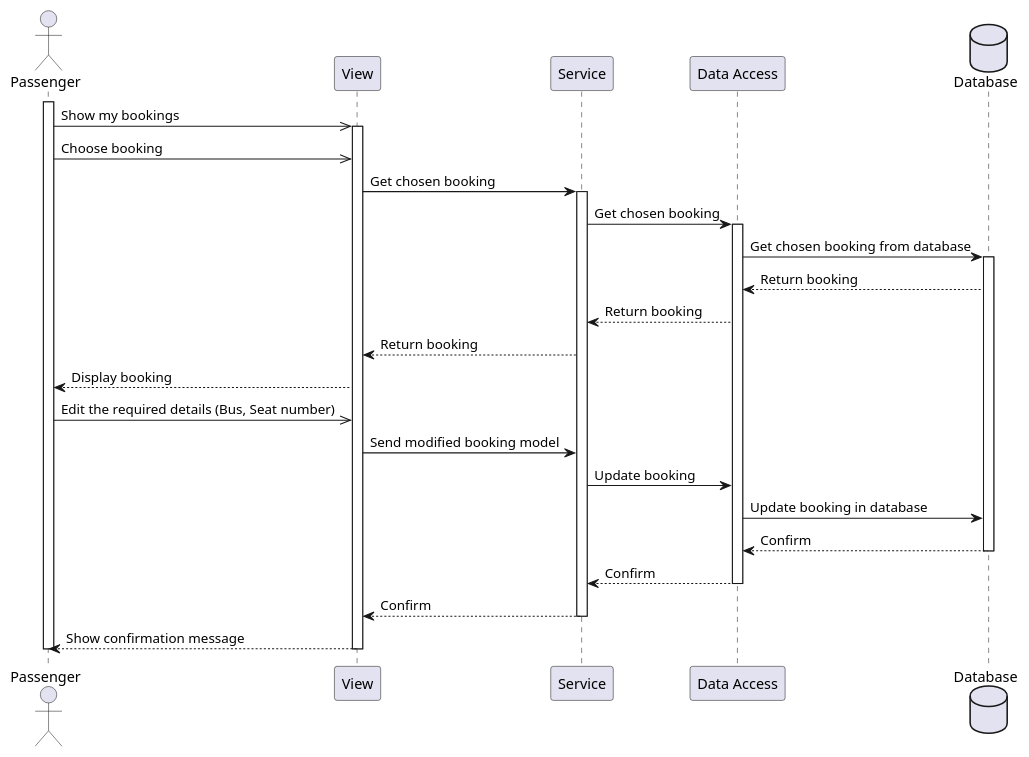
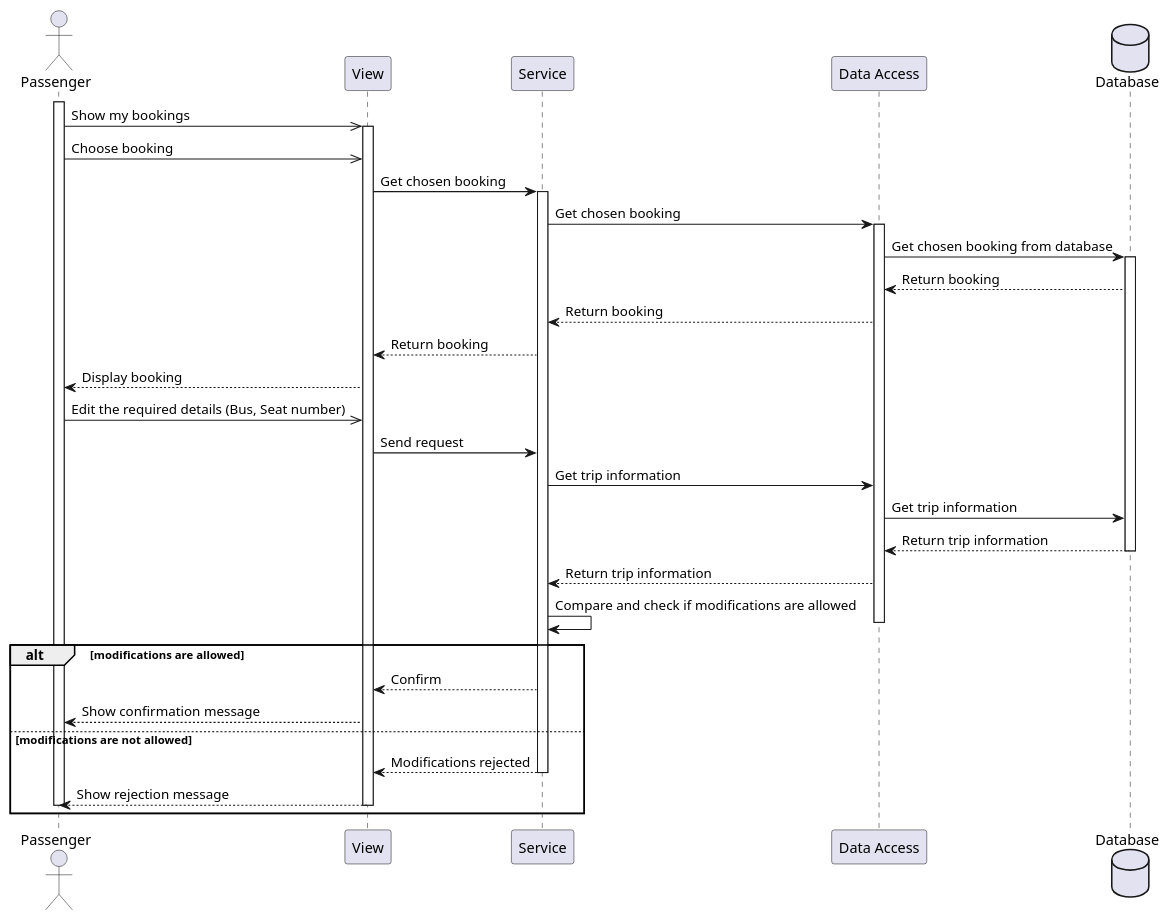
One commit to moazbasheer/BaaS_GP changed the diagram in Sequence Diagrams/pu/modify-booking.pu. Above: the diagram before and after it, drawn with PlantUML.

```diff
--- a/Sequence Diagrams/pu/modify-booking.pu
+++ b/Sequence Diagrams/pu/modify-booking.pu
@@ -1,39 +1,45 @@
 @startuml modify-booking
 
 
 actor Passenger as a
 participant View as v
 participant Service as s
 participant "Data Access" as da
 database Database as db
 
 activate a
 a ->> v: Show my bookings
 activate v
 a ->> v: Choose booking
 v -> s: Get chosen booking
 activate s
 s -> da: Get chosen booking
 activate da
 da -> db: Get chosen booking from database
 activate db
 db --> da: Return booking
 da --> s: Return booking
 s --> v: Return booking
 v --> a: Display booking
 a ->> v: Edit the required details (Bus, Seat number)
-v -> s: Send modified booking model
-s -> da: Update booking
-da -> db: Update booking in database
-db --> da: Confirm
+v -> s: Send request
+s -> da: Get trip information
+da -> db: Get trip information
+db --> da: Return trip information
 deactivate db
-da --> s: Confirm
+da --> s: Return trip information
+s -> s: Compare and check if modifications are allowed
 deactivate da
-s --> v: Confirm
-deactivate s
-v --> a: Show confirmation message
+alt modifications are allowed
+    s --> v: Confirm
+    v --> a: Show confirmation message
+else modifications are not allowed
+    s --> v: Modifications rejected
+    deactivate s
+    v --> a: Show rejection message
 deactivate v
 deactivate a
+end
 
 
 @enduml
```
